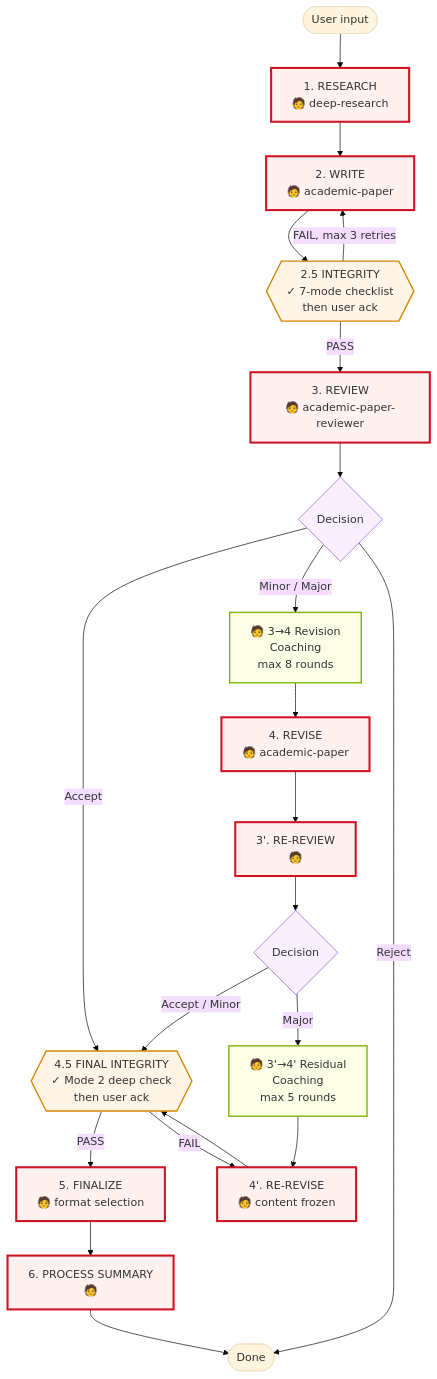
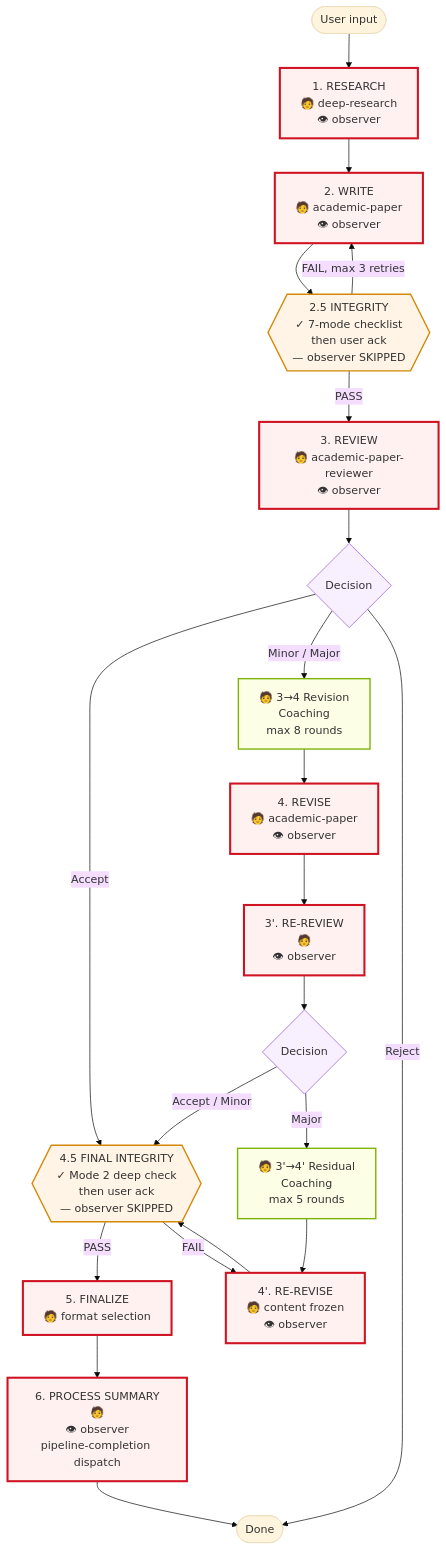
One commit to thereisnotime/skills-collection changed the first of 4 diagrams in skills/Imbad0202--academic-research-skills/docs/ARCHITECTURE.md. Above: the diagram before and after it, drawn with Mermaid (base theme). The commit also changed other lines of this file and 835 other files, not shown here.

Commit message:
sync: update skills repos, readme and charts

````diff
--- a/skills/Imbad0202--academic-research-skills/docs/ARCHITECTURE.md
+++ b/skills/Imbad0202--academic-research-skills/docs/ARCHITECTURE.md
@@ -44,43 +44,43 @@
 ```mermaid
 flowchart TD
     Start([User input])
-    S1[1. RESEARCH<br/>🧑 deep-research]
-    S2[2. WRITE<br/>🧑 academic-paper]
-    G25{{2.5 INTEGRITY<br/>✓ 7-mode checklist<br/>then user ack}}
-    S3[3. REVIEW<br/>🧑 academic-paper-reviewer]
+    S1[1. RESEARCH<br/>🧑 deep-research<br/>👁 observer]
+    S2[2. WRITE<br/>🧑 academic-paper<br/>👁 observer]
+    G25{{2.5 INTEGRITY<br/>✓ 7-mode checklist<br/>then user ack<br/>— observer SKIPPED}}
+    S3[3. REVIEW<br/>🧑 academic-paper-reviewer<br/>👁 observer]
     D3{Decision}
     RC[🧑 3→4 Revision<br/>Coaching<br/>max 8 rounds]
-    S4[4. REVISE<br/>🧑 academic-paper]
-    S3p[3'. RE-REVIEW<br/>🧑]
+    S4[4. REVISE<br/>🧑 academic-paper<br/>👁 observer]
+    S3p[3'. RE-REVIEW<br/>🧑<br/>👁 observer]
     D3p{Decision}
     RS[🧑 3'→4' Residual<br/>Coaching<br/>max 5 rounds]
-    S4p[4'. RE-REVISE<br/>🧑 content frozen]
-    G45{{4.5 FINAL INTEGRITY<br/>✓ Mode 2 deep check<br/>then user ack}}
+    S4p[4'. RE-REVISE<br/>🧑 content frozen<br/>👁 observer]
+    G45{{4.5 FINAL INTEGRITY<br/>✓ Mode 2 deep check<br/>then user ack<br/>— observer SKIPPED}}
     S5[5. FINALIZE<br/>🧑 format selection]
-    S6[6. PROCESS SUMMARY<br/>🧑]
+    S6[6. PROCESS SUMMARY<br/>🧑<br/>👁 observer<br/>pipeline-completion dispatch]
     End([Done])
 
     Start --> S1 --> S2 --> G25
     G25 -- PASS --> S3
     G25 -- FAIL, max 3 retries --> S2
     S3 --> D3
     D3 -- Accept --> G45
     D3 -- Minor / Major --> RC --> S4
     D3 -- Reject --> End
     S4 --> S3p --> D3p
     D3p -- Accept / Minor --> G45
     D3p -- Major --> RS --> S4p
     S4p --> G45
     G45 -- PASS --> S5
     G45 -- FAIL --> S4p
     S5 --> S6 --> End
 
     classDef humanGate fill:#fff1f0,stroke:#cf1322,stroke-width:3px
     classDef integrityGate fill:#fff4e6,stroke:#d48806,stroke-width:2px
     classDef coaching fill:#fcffe6,stroke:#7cb305,stroke-width:2px
     classDef decision fill:#f9f0ff,stroke:#9254de
     class S1,S2,S3,S4,S3p,S4p,S5,S6 humanGate
     class G25,G45 integrityGate
     class RC,RS coaching
     class D3,D3p decision
 ```
````
